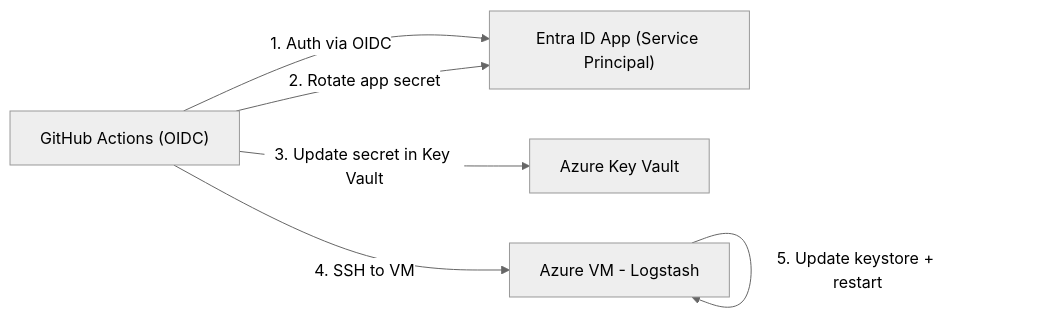
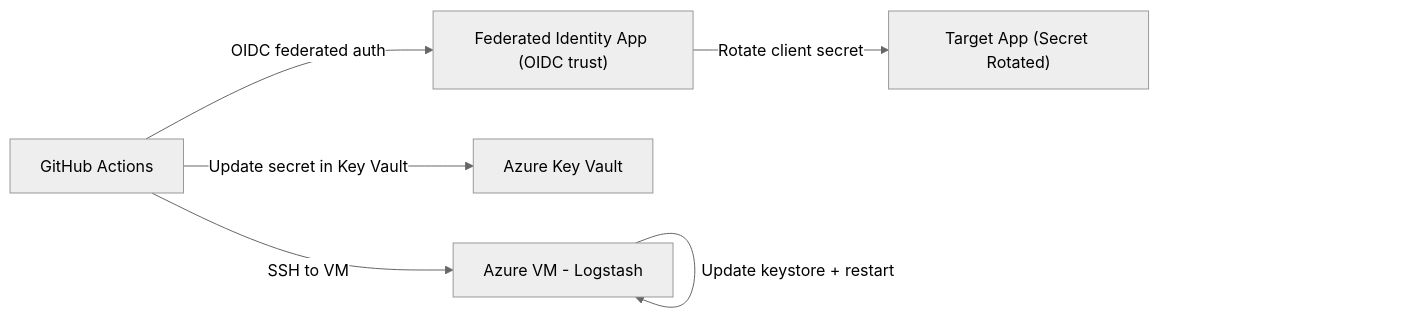
The diagram in README.md (ivz89/Secret-Rotator), drawn with Mermaid (neutral theme) before and after one commit.

````diff
--- a/README.md
+++ b/README.md
@@ -10,13 +10,14 @@
 ```mermaid
 flowchart LR
-    GA["GitHub Actions (OIDC)"]
-    ENTRA["Entra ID App (Service Principal)"]
+    GA["GitHub Actions"]
+    FED["Federated Identity App (OIDC trust)"]
+    TARGET["Target App (Secret Rotated)"]
     KV["Azure Key Vault"]
     VM["Azure VM - Logstash"]
 
-    GA -->|1. Auth via OIDC| ENTRA
-    GA -->|2. Rotate app secret| ENTRA
-    GA -->|3. Update secret in Key Vault| KV
-    GA -->|4. SSH to VM| VM
-    VM -->|5. Update keystore + restart| VM
+    GA -->|OIDC federated auth| FED
+    FED -->|Rotate client secret| TARGET
+    GA -->|Update secret in Key Vault| KV
+    GA -->|SSH to VM| VM
+    VM -->|Update keystore + restart| VM
 ```
````
